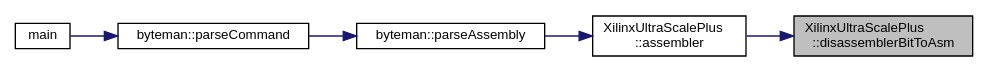
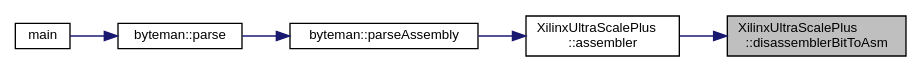
Before and after one commit to FPGA-Research-Manchester/byteman: the diagram in classXilinxUltraScalePlus_a54f9af4b6723a99c0b9e8e9c9b424d00_icgraph.dot, drawn with Graphviz. The commit also changed 1085 other files, not shown here.

```diff
--- a/classXilinxUltraScalePlus_a54f9af4b6723a99c0b9e8e9c9b424d00_icgraph.dot
+++ b/classXilinxUltraScalePlus_a54f9af4b6723a99c0b9e8e9c9b424d00_icgraph.dot
@@ -1,17 +1,17 @@
 digraph "XilinxUltraScalePlus::disassemblerBitToAsm"
 {
  // INTERACTIVE_SVG=YES
  // LATEX_PDF_SIZE
   edge [fontname="Helvetica",fontsize="10",labelfontname="Helvetica",labelfontsize="10"];
   node [fontname="Helvetica",fontsize="10",shape=record];
   rankdir="RL";
   Node1 [label="XilinxUltraScalePlus\l::disassemblerBitToAsm",height=0.2,width=0.4,color="black", fillcolor="grey75", style="filled", fontcolor="black",tooltip=" "];
   Node1 -> Node2 [dir="back",color="midnightblue",fontsize="10",style="solid",fontname="Helvetica"];
   Node2 [label="XilinxUltraScalePlus\l::assembler",height=0.2,width=0.4,color="black", fillcolor="white", style="filled",URL="$classXilinxUltraScalePlus.html#a53e5f6ec962f1f2a961f90b8b9e90e10",tooltip=" "];
   Node2 -> Node3 [dir="back",color="midnightblue",fontsize="10",style="solid",fontname="Helvetica"];
   Node3 [label="byteman::parseAssembly",height=0.2,width=0.4,color="black", fillcolor="white", style="filled",URL="$classbyteman.html#a5e7f2e31d95626075a6ce22b54ecbbf8",tooltip=" "];
   Node3 -> Node4 [dir="back",color="midnightblue",fontsize="10",style="solid",fontname="Helvetica"];
-  Node4 [label="byteman::parseCommand",height=0.2,width=0.4,color="black", fillcolor="white", style="filled",URL="$classbyteman.html#a97ad2d6b20a10ddb0dd8d373159eea4e",tooltip=" "];
+  Node4 [label="byteman::parse",height=0.2,width=0.4,color="black", fillcolor="white", style="filled",URL="$classbyteman.html#a0ce0e992678e3f8b51cc5e01cea14ddb",tooltip=" "];
   Node4 -> Node5 [dir="back",color="midnightblue",fontsize="10",style="solid",fontname="Helvetica"];
   Node5 [label="main",height=0.2,width=0.4,color="black", fillcolor="white", style="filled",URL="$byteman_8cpp.html#a0ddf1224851353fc92bfbff6f499fa97",tooltip=" "];
 }
```
